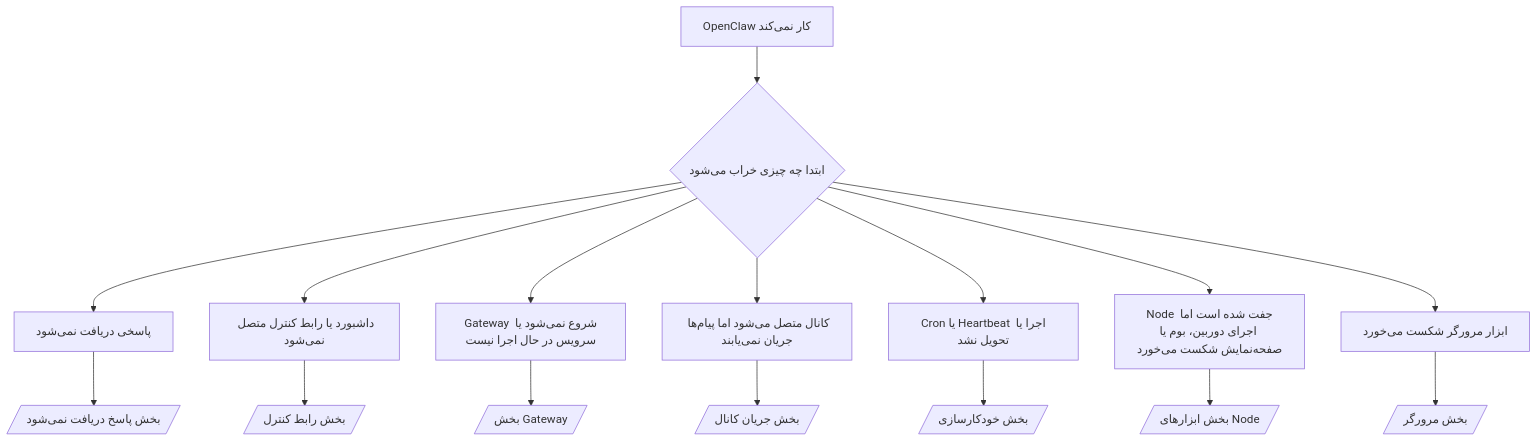
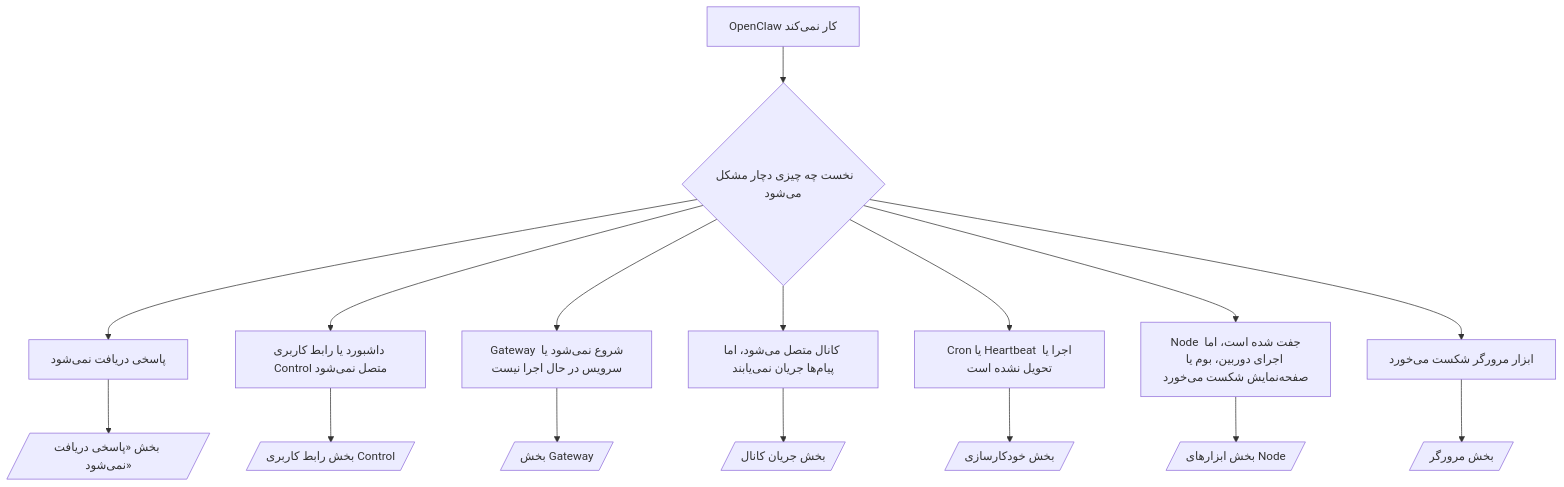
Before and after one commit to is0383kk/ai-docs-sync-workflow: the diagram in openclaw-docs/fa/help/troubleshooting.md, drawn with Mermaid. The commit also changed other lines of this file and 11096 other files, not shown here.

````diff
--- a/openclaw-docs/fa/help/troubleshooting.md
+++ b/openclaw-docs/fa/help/troubleshooting.md
@@ -158,19 +193,19 @@
 ```mermaid
 flowchart TD
-  A[OpenClaw کار نمی‌کند] --> B{ابتدا چه چیزی خراب می‌شود}
+  A[OpenClaw کار نمی‌کند] --> B{نخست چه چیزی دچار مشکل می‌شود}
   B --> C[پاسخی دریافت نمی‌شود]
-  B --> D[داشبورد یا رابط کنترل متصل نمی‌شود]
+  B --> D[داشبورد یا رابط کاربری Control متصل نمی‌شود]
   B --> E[Gateway شروع نمی‌شود یا سرویس در حال اجرا نیست]
-  B --> F[کانال متصل می‌شود اما پیام‌ها جریان نمی‌یابند]
-  B --> G[Cron یا Heartbeat اجرا یا تحویل نشد]
-  B --> H[Node جفت شده است اما اجرای دوربین، بوم یا صفحه‌نمایش شکست می‌خورد]
+  B --> F[کانال متصل می‌شود، اما پیام‌ها جریان نمی‌یابند]
+  B --> G[Cron یا Heartbeat اجرا یا تحویل نشده است]
+  B --> H[Node جفت شده است، اما اجرای دوربین، بوم یا صفحه‌نمایش شکست می‌خورد]
   B --> I[ابزار مرورگر شکست می‌خورد]
 
-  C --> C1[/بخش پاسخ دریافت نمی‌شود/]
-  D --> D1[/بخش رابط کنترل/]
+  C --> C1[/بخش «پاسخی دریافت نمی‌شود»/]
+  D --> D1[/بخش رابط کاربری Control/]
   E --> E1[/بخش Gateway/]
   F --> F1[/بخش جریان کانال/]
   G --> G1[/بخش خودکارسازی/]
   H --> H1[/بخش ابزارهای Node/]
   I --> I1[/بخش مرورگر/]
 ```
````
